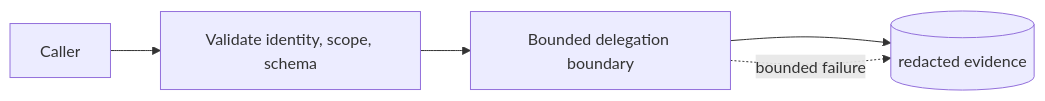
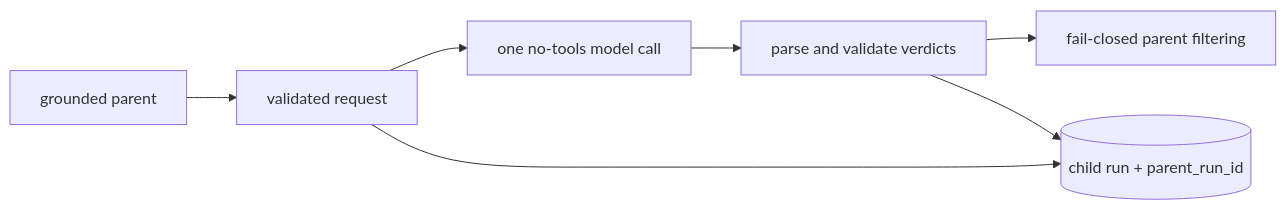
The diagram in docs/course/concepts/bounded-delegation.md (levalencia/archon), drawn with Mermaid before and after one commit. The commit also changed other lines of this file and 22 other files, not shown here.

Commit message:
docs: correct advanced course architecture and claims

````diff
--- a/docs/course/concepts/bounded-delegation.md
+++ b/docs/course/concepts/bounded-delegation.md
@@ -35,7 +16,9 @@
 ```mermaid
 flowchart LR
-  Caller --> V[Validate identity, scope, schema]
-  V --> C[Bounded delegation boundary]
-  C --> E[(redacted evidence)]
-  C -. bounded failure .-> E
+  P[grounded parent] --> Q[validated request]
+  Q --> C[one no-tools model call]
+  C --> V[parse and validate verdicts]
+  V --> F[fail-closed parent filtering]
+  Q --> L[(child run + parent_run_id)]
+  V --> L
 ```
````
